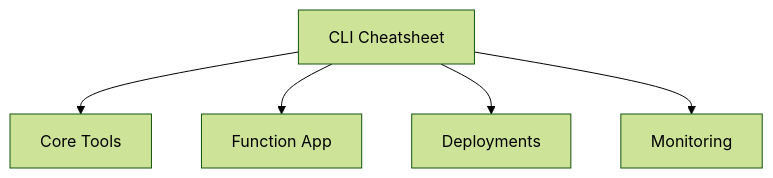
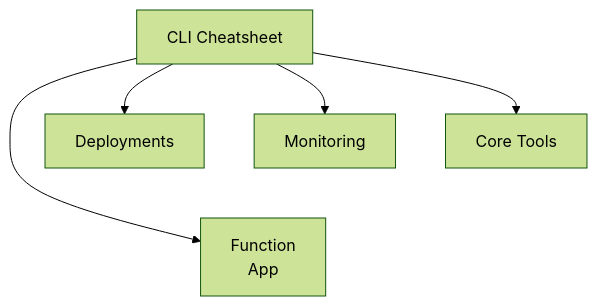
Before and after one commit to yeongseon/azure-functions-practical-guide: the diagram in docs/language-guides/nodejs/cli-cheatsheet.md, drawn with Mermaid (forest theme). The commit also changed 4 other files, not shown here.

First line of the commit message:
docs(diagrams): improve Node.js reference navigation readability (#501)

````diff
--- a/docs/language-guides/nodejs/cli-cheatsheet.md
+++ b/docs/language-guides/nodejs/cli-cheatsheet.md
@@ -25,7 +25,11 @@
 ```mermaid
 flowchart TD
+    accTitle: Node.js guide CLI command categories
+    accDescr: The CLI Cheatsheet groups Core Tools, Function App, Deployments and Monitoring as reference topics. Arrows identify categories, not a required execution order or network traffic.
     A[CLI Cheatsheet] --> B[Core Tools]
-    A --> C[Function App]
+    A --> C["Function<br/>App"]
     A --> D[Deployments]
     A --> E[Monitoring]
+    %% Layout-only link tiers reference categories; it adds no step or semantic arrow.
+    B ~~~ C
 ```
````
